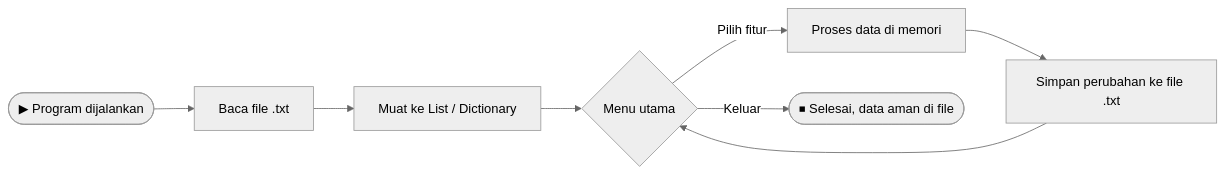
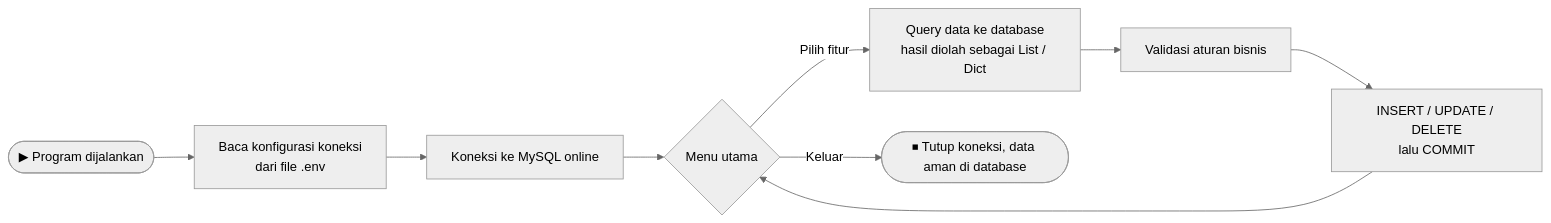
One commit to rifaidanu/project-praktikum-pemrograman changed the first of 10 diagrams in project_kedua/project_instruction.md. Above: the diagram before and after it, drawn with Mermaid (neutral theme). The commit also changed other lines of this file and 7 other files, not shown here.

````diff
--- a/project_kedua/project_instruction.md
+++ b/project_kedua/project_instruction.md
@@ -33,10 +35,11 @@
 ```mermaid
 flowchart LR
-    A([▶ Program dijalankan]) --> B[Baca file .txt]
-    B --> C[Muat ke List / Dictionary]
+    A([▶ Program dijalankan]) --> B[Baca konfigurasi koneksi<br/>dari file .env]
+    B --> C[Koneksi ke MySQL online]
     C --> D{Menu utama}
-    D -->|Pilih fitur| E[Proses data di memori]
-    E --> F[Simpan perubahan ke file .txt]
-    F --> D
-    D -->|Keluar| G([⏹ Selesai, data aman di file])
+    D -->|Pilih fitur| E[Query data ke database<br/>hasil diolah sebagai List / Dict]
+    E --> F[Validasi aturan bisnis]
+    F --> G[INSERT / UPDATE / DELETE<br/>lalu COMMIT]
+    G --> D
+    D -->|Keluar| H([⏹ Tutup koneksi, data aman di database])
 ```
````
